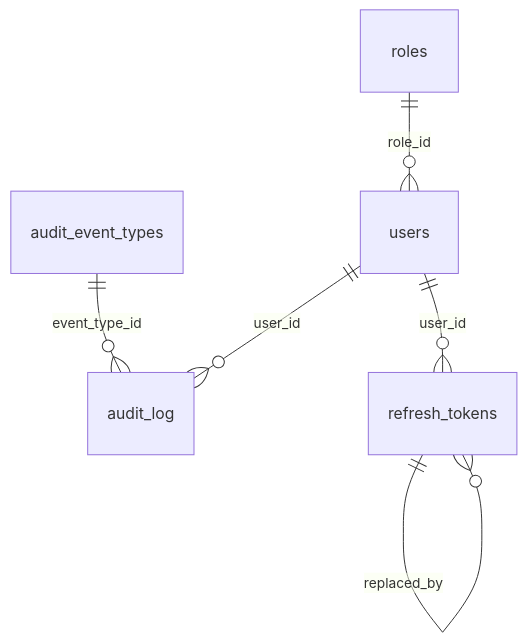
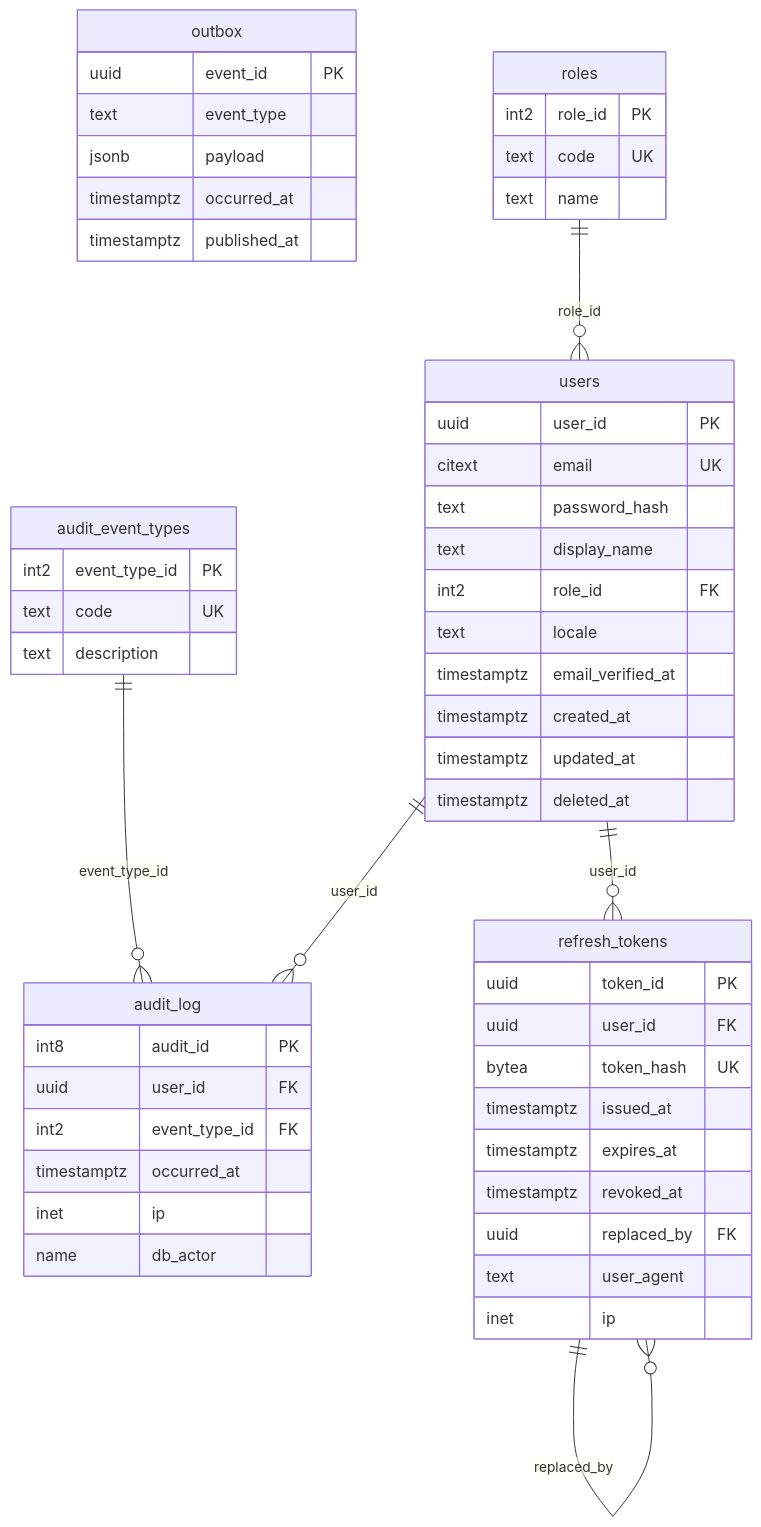
One commit to rsstan/dasiah changed the first of 4 diagrams in docs/db/data-dictionary.md. Above: the diagram before and after it, drawn with Mermaid. The commit also changed other lines of this file and 17 other files, not shown here.

First line of the commit message:
docs(db): export logical schema and ER diagrams to SVG and PNG

````diff
--- a/docs/db/data-dictionary.md
+++ b/docs/db/data-dictionary.md
@@ -12,8 +12,56 @@
 ```mermaid
 erDiagram
+  audit_event_types {
+    int2 event_type_id PK
+    text code UK
+    text description
+  }
+  audit_log {
+    int8 audit_id PK
+    uuid user_id FK
+    int2 event_type_id FK
+    timestamptz occurred_at
+    inet ip
+    name db_actor
+  }
+  outbox {
+    uuid event_id PK
+    text event_type
+    jsonb payload
+    timestamptz occurred_at
+    timestamptz published_at
+  }
+  refresh_tokens {
+    uuid token_id PK
+    uuid user_id FK
+    bytea token_hash UK
+    timestamptz issued_at
+    timestamptz expires_at
+    timestamptz revoked_at
+    uuid replaced_by FK
+    text user_agent
+    inet ip
+  }
+  roles {
+    int2 role_id PK
+    text code UK
+    text name
+  }
+  users {
+    uuid user_id PK
+    citext email UK
+    text password_hash
+    text display_name
+    int2 role_id FK
+    text locale
+    timestamptz email_verified_at
+    timestamptz created_at
+    timestamptz updated_at
+    timestamptz deleted_at
+  }
   audit_event_types ||--o{ audit_log : "event_type_id"
   refresh_tokens ||--o{ refresh_tokens : "replaced_by"
   roles ||--o{ users : "role_id"
   users ||--o{ audit_log : "user_id"
   users ||--o{ refresh_tokens : "user_id"
 ```
````
